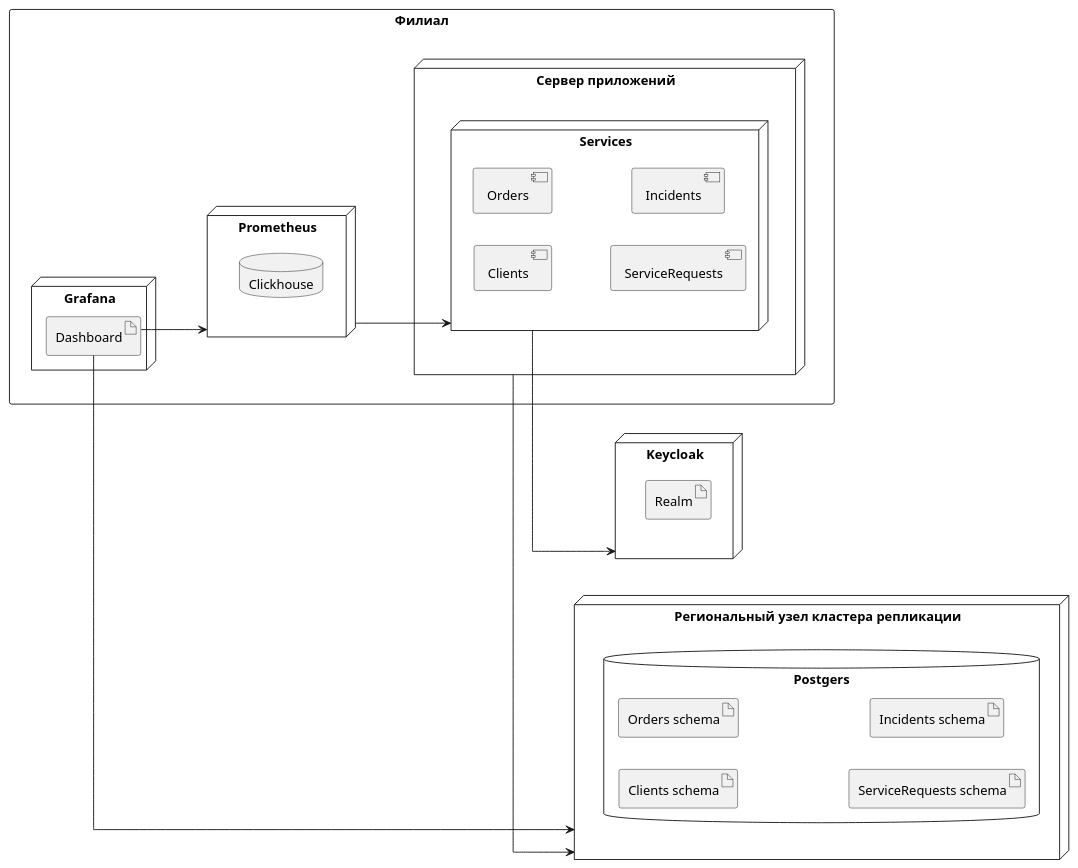
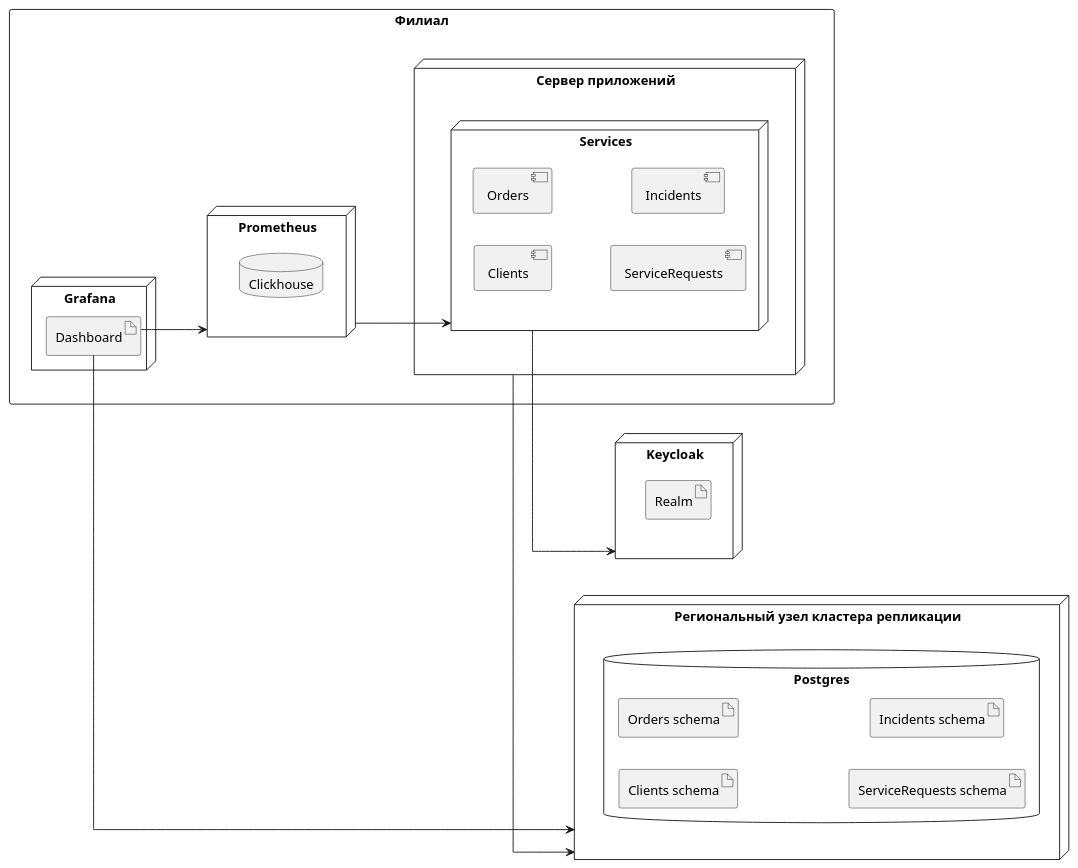
One commit to theotheo46/gb changed the diagram in deployment.puml. Above: the diagram before and after it, drawn with PlantUML. The commit also changed 2 other files, not shown here.

```diff
--- a/deployment.puml
+++ b/deployment.puml
@@ -1,44 +1,44 @@
 @startuml
 'https://plantuml.com/deployment-diagram
 left to right direction
 skinparam linetype ortho
 rectangle "Филиал" {
     node "Сервер приложений" as Apps {
         node Services {
             component Clients
             component Orders
             component ServiceRequests
             component Incidents
         }
     }
     node Grafana {
         artifact Dashboard
     }
 
     node Prometheus {
         database Clickhouse
     }
 
 }
 
 
 node "Региональный узел кластера репликации" as Database {
-    database Postgers {
+    database Postgres {
         artifact "Clients schema"
         artifact "Orders schema"
         artifact "ServiceRequests schema"
         artifact "Incidents schema"
     }
 }
 
 node Keycloak {
     artifact Realm
 }
 
 
 Apps --> Database
 Services --> Keycloak
 Prometheus --> Services
 Dashboard --> Prometheus
 Dashboard --> Database
 @enduml
```
